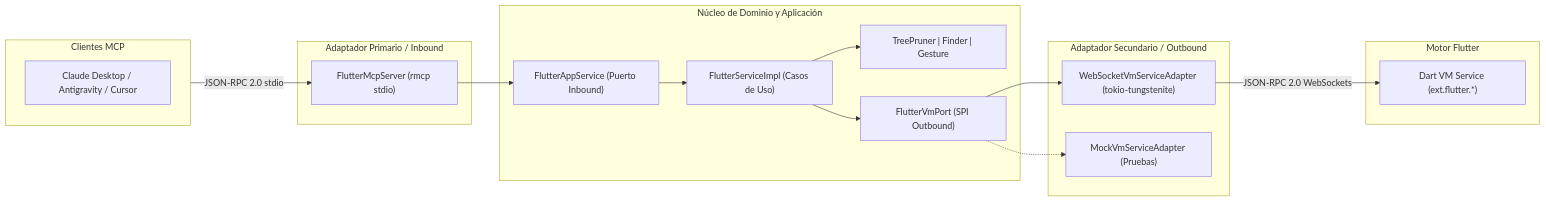
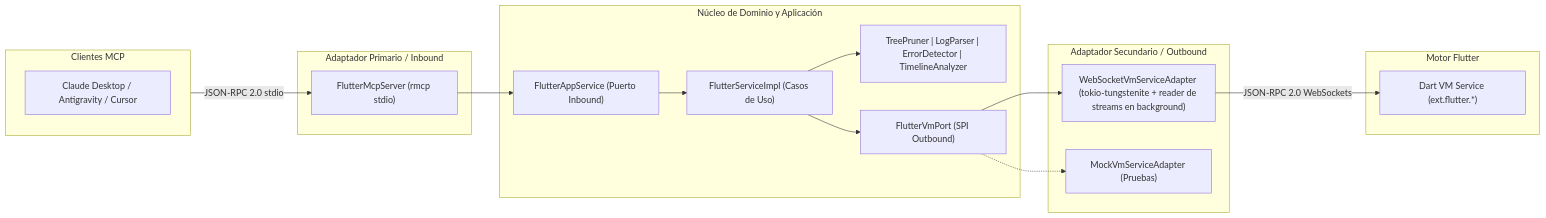
The diagram in README.es.md (guty3rrez/flutter-mcp), drawn with Mermaid before and after one commit. The commit also changed other lines of this file and 19 other files, not shown here.

````diff
--- a/README.es.md
+++ b/README.es.md
@@ -138,35 +141,35 @@
 ```mermaid
 graph LR
     subgraph Client [Clientes MCP]
         Claude[Claude Desktop / Antigravity / Cursor]
     end
 
     subgraph InboundAdapter [Adaptador Primario / Inbound]
         MCPServer["FlutterMcpServer (rmcp stdio)"]
     end
 
     subgraph Core [Núcleo de Dominio y Aplicación]
         AppPort["FlutterAppService (Puerto Inbound)"]
         UseCase["FlutterServiceImpl (Casos de Uso)"]
-        Domain["TreePruner | Finder | Gesture"]
+        Domain["TreePruner | LogParser | ErrorDetector | TimelineAnalyzer"]
         VMPort["FlutterVmPort (SPI Outbound)"]
     end
 
     subgraph OutboundAdapter [Adaptador Secundario / Outbound]
-        WSAdapter["WebSocketVmServiceAdapter (tokio-tungstenite)"]
+        WSAdapter["WebSocketVmServiceAdapter (tokio-tungstenite + reader de streams en background)"]
         MockAdapter["MockVmServiceAdapter (Pruebas)"]
     end
 
     subgraph Target [Motor Flutter]
         VM["Dart VM Service (ext.flutter.*)"]
     end
 
     Client -->|JSON-RPC 2.0 stdio| MCPServer
     MCPServer --> AppPort
     AppPort --> UseCase
     UseCase --> Domain
     UseCase --> VMPort
     VMPort --> WSAdapter
     VMPort -.-> MockAdapter
     WSAdapter -->|JSON-RPC 2.0 WebSockets| VM
 ```
````
